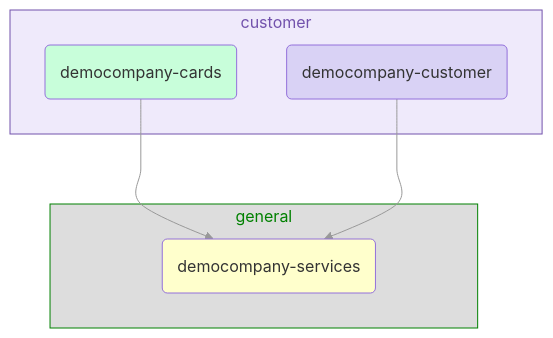
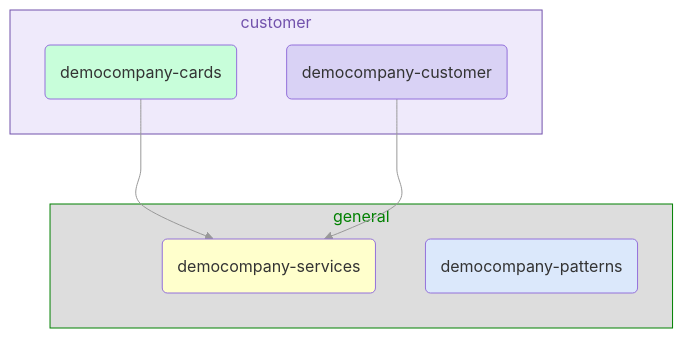
Before and after one commit to pme123/orchescala-democompany: the diagram in democompany-orchescala/00-docs/src/docs/overviewDependencies.md, drawn with Mermaid. The commit also changed other lines of this file and 94 other files, not shown here.

```diff
--- a/democompany-orchescala/00-docs/src/docs/overviewDependencies.md
+++ b/democompany-orchescala/00-docs/src/docs/overviewDependencies.md
@@ -19,38 +19,43 @@
 <div class="mermaid">
 %%{init: {"flowchart": {"htmlLabels": true, "curve": "cardinal", "useMaxWidth": true, "rankSpacing": 70}}
 }%%
 
 
 flowchart TB
 
    democompany-services
    
    style democompany-services fill:#ffffcc
 
 
    democompany-cards --> democompany-services
    click democompany-cards href "./dependencies/democompany-cards.html" "democompany-cards Dependencies"
    style democompany-cards fill:#c8feda
 
 
+   democompany-patterns
+   
+   style democompany-patterns fill:#dbe8fb
+
+
    democompany-customer --> democompany-services
    click democompany-customer href "./dependencies/democompany-customer.html" "democompany-customer Dependencies"
    style democompany-customer fill:#d9d2f5
 
 
     subgraph customer
     democompany-cards(democompany-cards) & democompany-customer(democompany-customer)
     end
     
 
 
     subgraph general
-    democompany-services(democompany-services)
+    democompany-services(democompany-services) & democompany-patterns(democompany-patterns)
     end
     
    style customer fill:#efeafb,color:#7252ac,stroke:#7252ac;
    style general fill:#ddd,color:green,stroke:green;
    linkStyle default stroke:#999,color:red;
 
 
       </div>
```
